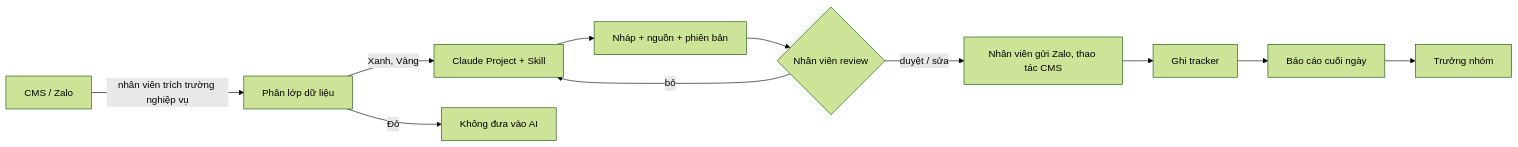
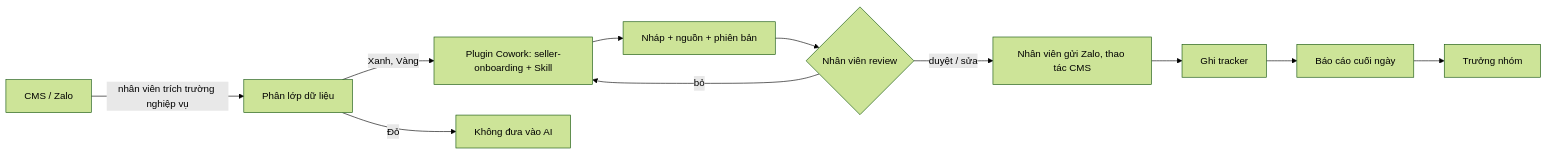
Before and after one commit to khannitran-coder/agent-seller-onboarding: the diagram in README.md, drawn with Mermaid (forest theme). The commit also changed other lines of this file and 2 other files, not shown here.

```diff
--- a/README.md
+++ b/README.md
@@ -47,13 +48,13 @@
 ~~~mermaid
 flowchart LR
   A[CMS / Zalo] -->|nhân viên trích trường nghiệp vụ| B[Phân lớp dữ liệu]
-  B -->|Xanh, Vàng| C[Claude Project + Skill]
+  B -->|Xanh, Vàng| C[Plugin Cowork: seller-onboarding + Skill]
   B -->|Đỏ| X[Không đưa vào AI]
   C --> D[Nháp + nguồn + phiên bản]
   D --> E{Nhân viên review}
   E -->|duyệt / sửa| F[Nhân viên gửi Zalo, thao tác CMS]
   E -->|bỏ| C
   F --> G[Ghi tracker]
   G --> H[Báo cáo cuối ngày]
   H --> I[Trưởng nhóm]
 ~~~
```
